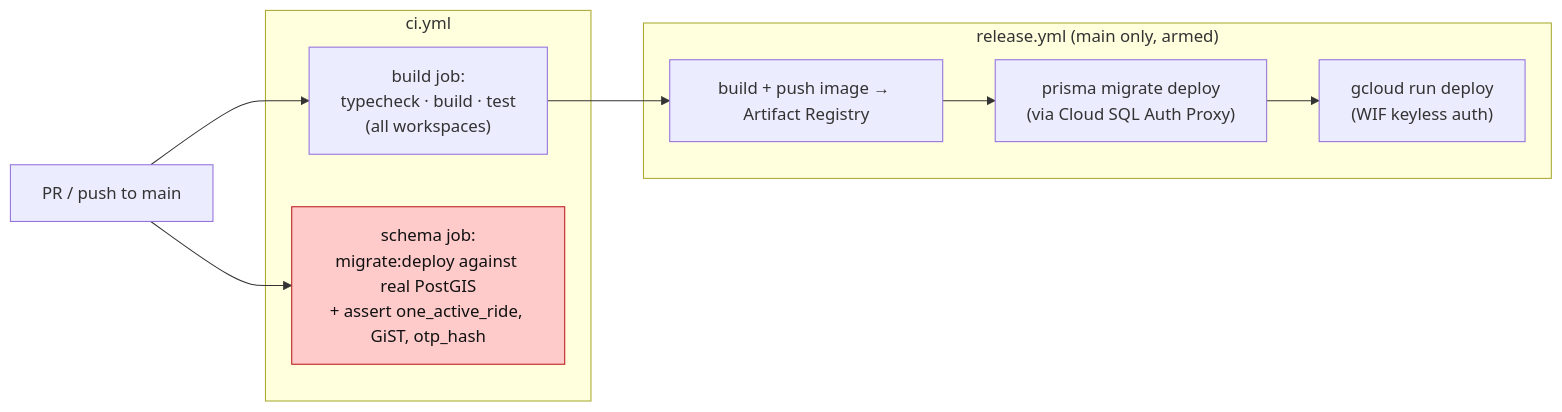
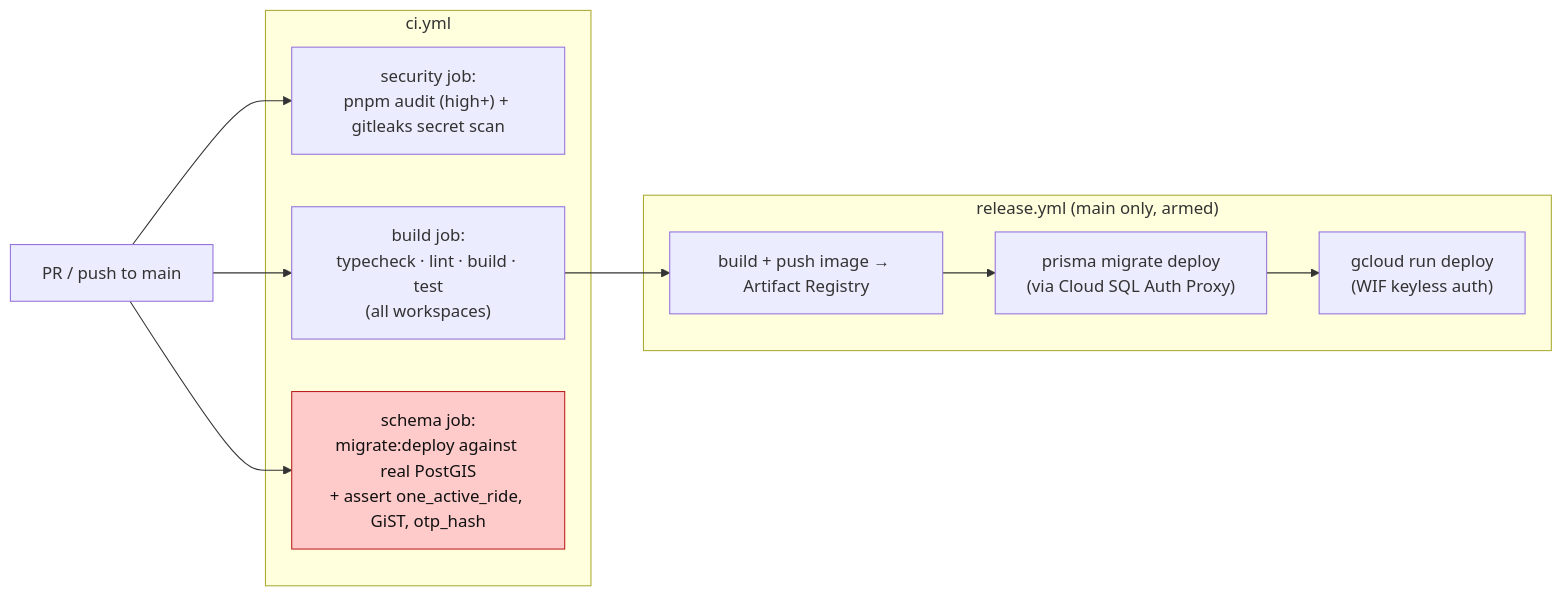
Before and after one commit to unnfazzed/Lynia: diagram 16 of 16 in docs/ARCHITECTURE.md, drawn with Mermaid. The commit also changed other lines of this file and 2 other files, not shown here.

````diff
--- a/docs/ARCHITECTURE.md
+++ b/docs/ARCHITECTURE.md
@@ -965,23 +984,25 @@
 ```mermaid
 graph LR
     pr["PR / push to main"]
 
     subgraph ci["ci.yml"]
-        build["build job:<br/>typecheck · build · test<br/>(all workspaces)"]
+        sec["security job:<br/>pnpm audit (high+) + gitleaks secret scan"]
+        build["build job:<br/>typecheck · lint · build · test<br/>(all workspaces)"]
         schema["schema job:<br/>migrate:deploy against real PostGIS<br/>+ assert one_active_ride, GiST, otp_hash"]
     end
 
     subgraph rel["release.yml (main only, armed)"]
         img["build + push image → Artifact Registry"]
         mig["prisma migrate deploy<br/>(via Cloud SQL Auth Proxy)"]
         dep["gcloud run deploy<br/>(WIF keyless auth)"]
     end
 
+    pr --> sec
     pr --> build
     pr --> schema
     build --> img
     img --> mig --> dep
 
     classDef gate fill:#fecaca,stroke:#b91c1c,color:#111;
     class schema gate;
 ```
````
